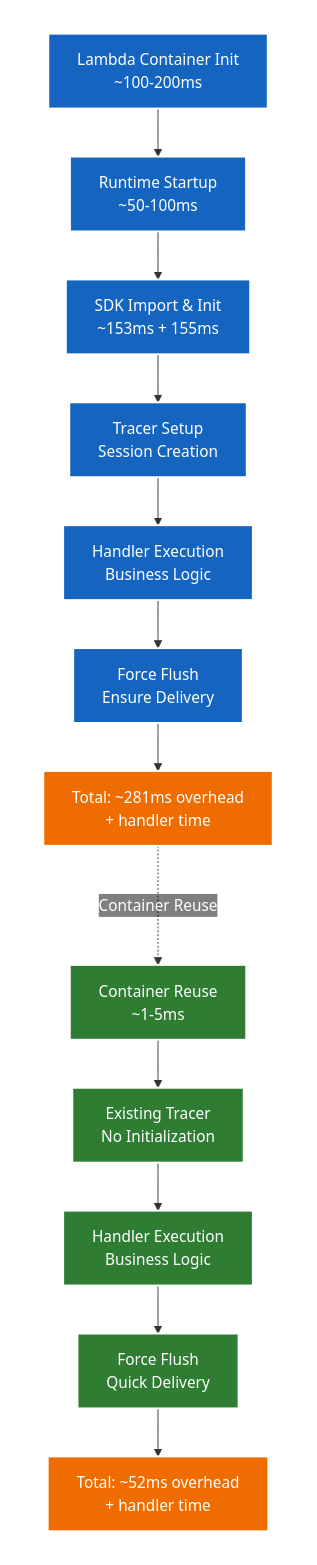
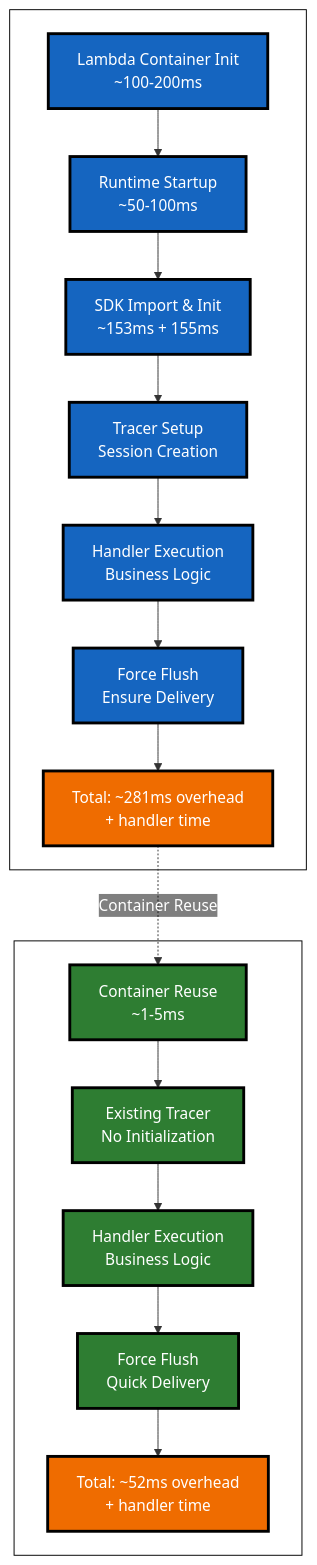
Before and after one commit to honeyhiveai/python-sdk: the first of 5 diagrams in docs/development/testing/lambda-testing.rst, drawn with Mermaid. The commit also changed other lines of this file and 1 other file, not shown here.

First line of the commit message:
fix: optimize Mermaid node labels for Firefox compatibility

```diff
--- a/docs/development/testing/lambda-testing.rst
+++ b/docs/development/testing/lambda-testing.rst
@@ -74,43 +74,43 @@
 .. mermaid::
 
-   %%{init: {'theme':'base', 'themeVariables': {'primaryColor': '#4F81BD', 'primaryTextColor': '#ffffff', 'primaryBorderColor': '#ffffff', 'lineColor': '#333333', 'mainBkg': 'transparent', 'secondBkg': 'transparent', 'tertiaryColor': 'transparent', 'clusterBkg': 'transparent', 'clusterBorder': '#ffffff', 'edgeLabelBackground': 'transparent', 'background': 'transparent'}, 'flowchart': {'linkColor': '#333333', 'linkWidth': 2}}}%%
+   %%{init: {'theme':'base', 'themeVariables': {'primaryColor': '#4F81BD', 'primaryTextColor': '#ffffff', 'primaryBorderColor': '#000000', 'lineColor': '#333333', 'mainBkg': 'transparent', 'secondBkg': 'transparent', 'tertiaryColor': 'transparent', 'clusterBkg': 'transparent', 'clusterBorder': '#000000', 'edgeLabelBackground': 'transparent', 'background': 'transparent'}, 'flowchart': {'linkColor': '#333333', 'linkWidth': 2}}}%%
    graph TD
        subgraph "Cold Start (First Invocation)"
            COLD_INIT[Lambda Container Init<br/>~100-200ms]
            COLD_RUNTIME[Runtime Startup<br/>~50-100ms]
            COLD_SDK[SDK Import & Init<br/>~153ms + 155ms]
            COLD_TRACER[Tracer Setup<br/>Session Creation]
            COLD_HANDLER[Handler Execution<br/>Business Logic]
            COLD_FLUSH[Force Flush<br/>Ensure Delivery]
            COLD_TOTAL[Total: ~281ms overhead<br/>+ handler time]
        end
        
        subgraph "Warm Start (Subsequent Invocations)"
            WARM_REUSE[Container Reuse<br/>~1-5ms]
            WARM_TRACER[Existing Tracer<br/>No Initialization]
            WARM_HANDLER[Handler Execution<br/>Business Logic]
            WARM_FLUSH[Force Flush<br/>Quick Delivery]
            WARM_TOTAL[Total: ~52ms overhead<br/>+ handler time]
        end
        
        COLD_INIT --> COLD_RUNTIME
        COLD_RUNTIME --> COLD_SDK
        COLD_SDK --> COLD_TRACER
        COLD_TRACER --> COLD_HANDLER
        COLD_HANDLER --> COLD_FLUSH
        COLD_FLUSH --> COLD_TOTAL
        
        WARM_REUSE --> WARM_TRACER
        WARM_TRACER --> WARM_HANDLER
        WARM_HANDLER --> WARM_FLUSH
        WARM_FLUSH --> WARM_TOTAL
        
        COLD_TOTAL -.->|Container Reuse| WARM_REUSE
        
-       classDef cold fill:#1565c0,stroke:#ffffff,stroke-width:2px,color:#ffffff
-       classDef warm fill:#2e7d32,stroke:#ffffff,stroke-width:2px,color:#ffffff
-       classDef total fill:#ef6c00,stroke:#ffffff,stroke-width:2px,color:#ffffff
+       classDef cold fill:#1565c0,stroke:#000000,stroke-width:3px,color:#ffffff
+       classDef warm fill:#2e7d32,stroke:#000000,stroke-width:3px,color:#ffffff
+       classDef total fill:#ef6c00,stroke:#000000,stroke-width:3px,color:#ffffff
        
        class COLD_INIT,COLD_RUNTIME,COLD_SDK,COLD_TRACER,COLD_HANDLER,COLD_FLUSH cold
        class WARM_REUSE,WARM_TRACER,WARM_HANDLER,WARM_FLUSH warm
        class COLD_TOTAL,WARM_TOTAL total
```
